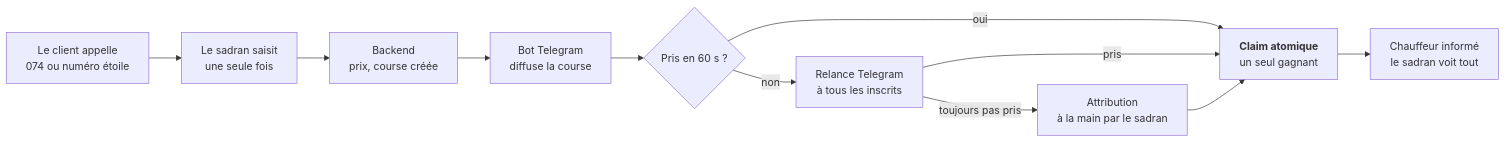
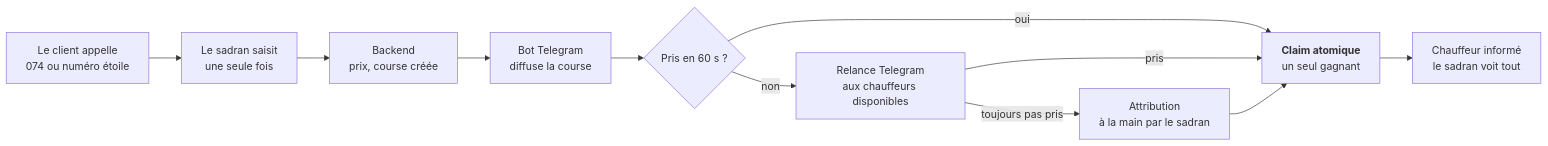
The second of 3 diagrams in docs/PLAN.md (oren1996/driverss), drawn with Mermaid before and after one commit. The commit also changed other lines of this file and 14 other files, not shown here.

````diff
--- a/docs/PLAN.md
+++ b/docs/PLAN.md
@@ -118,13 +119,13 @@
 ```mermaid
 flowchart LR
     A["Le client appelle<br/>074 ou numéro étoile"] --> B["Le sadran saisit<br/>une seule fois"]
     B --> C["Backend<br/>prix, course créée"]
     C --> D["Bot Telegram<br/>diffuse la course"]
     D --> E{"Pris en 60 s ?"}
     E -- oui --> F["<b>Claim atomique</b><br/>un seul gagnant"]
     F --> G["Chauffeur informé<br/>le sadran voit tout"]
-    E -- non --> H["Relance Telegram<br/>à tous les inscrits"]
+    E -- non --> H["Relance Telegram<br/>aux chauffeurs disponibles"]
     H -- pris --> F
     H -- toujours pas pris --> I["Attribution<br/>à la main par le sadran"]
     I --> F
 ```
````
